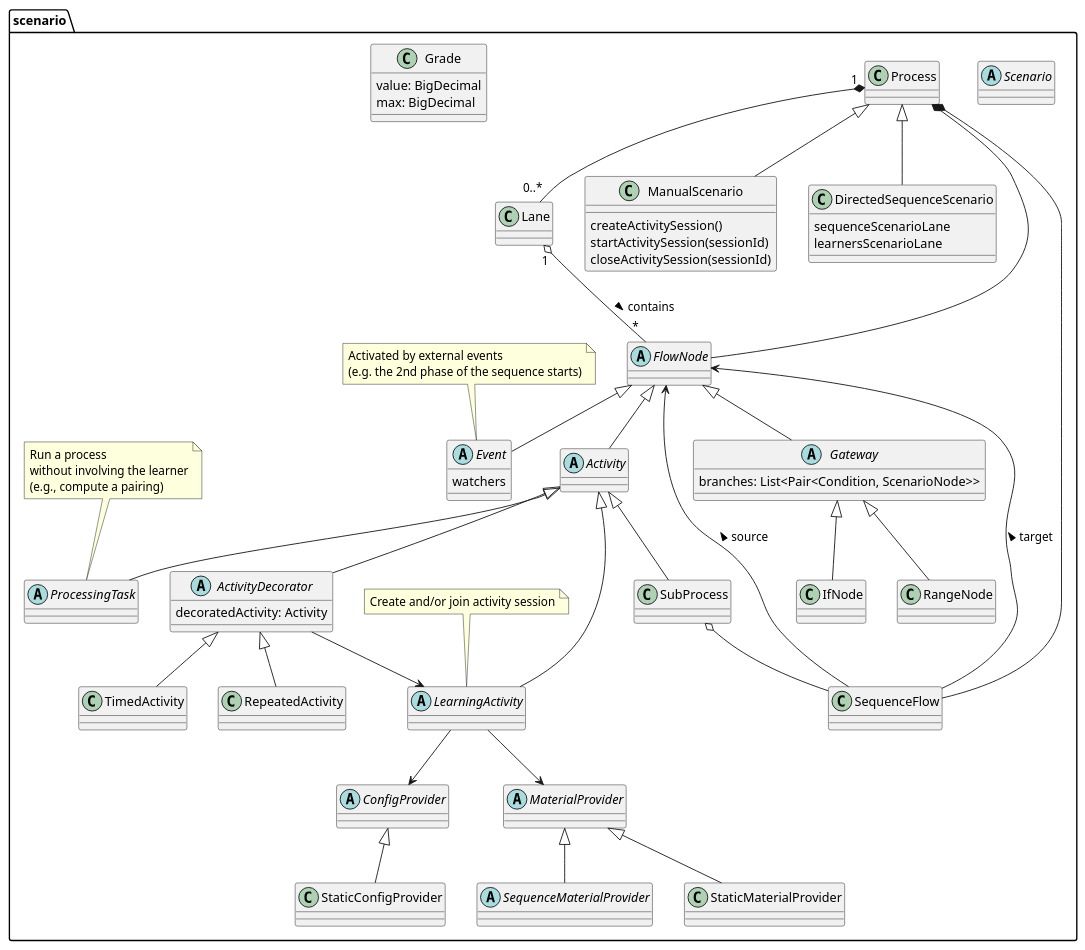
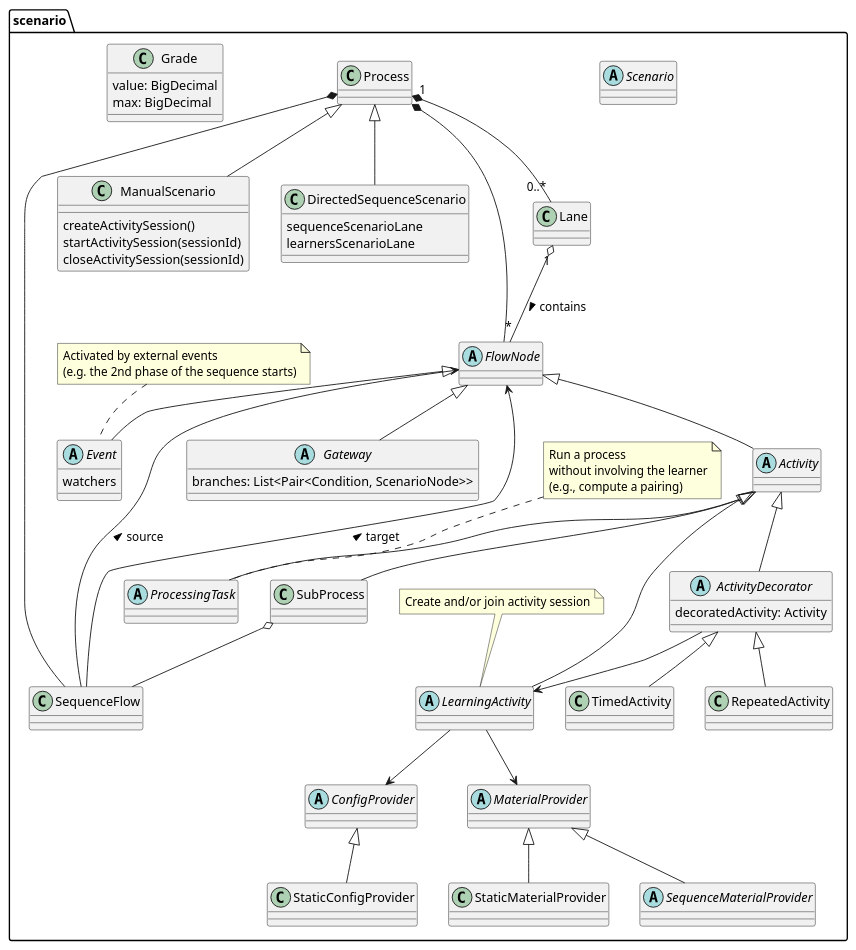
The diagram in docs/technical/uml/scenario.puml (elaastic/ElaastiX), drawn with PlantUML before and after one commit.

Commit message:
doc(model): Remove IfNode and RangeNode

```diff
--- a/docs/technical/uml/scenario.puml
+++ b/docs/technical/uml/scenario.puml
@@ -1,90 +1,87 @@
 @startuml
 'https://plantuml.com/class-diagram
 
 package scenario {
     abstract class Scenario
 
     class Lane
 
     Process "1" *-- "0..*" Lane
 
     class ManualScenario extends Process {
         createActivitySession()
         startActivitySession(sessionId)
         closeActivitySession(sessionId)
     }
 
     class DirectedSequenceScenario extends Process {
         sequenceScenarioLane
         learnersScenarioLane
     }
 
 
     class SequenceFlow
 
     Process *-- SequenceFlow
     Process *-- FlowNode
 
     SequenceFlow --> FlowNode :> source
     SequenceFlow --> FlowNode :> target
 
     abstract class FlowNode
 
     abstract class Activity extends FlowNode
 
     class SubProcess extends Activity
 
     SubProcess o-- SequenceFlow
 
     abstract class ActivityDecorator extends Activity {
         decoratedActivity: Activity
     }
 
     ActivityDecorator --> LearningActivity
 
     class TimedActivity extends ActivityDecorator
     class RepeatedActivity extends ActivityDecorator
 
 
     Lane "1" o-- "*" FlowNode : contains >
 
     abstract class Event extends FlowNode {
         watchers
     }
     note top
         Activated by external events
         (e.g. the 2nd phase of the sequence starts)
     end note
 
     abstract class Gateway extends FlowNode {
         branches: List<Pair<Condition, ScenarioNode>>
     }
 
-    class IfNode extends Gateway
-    class RangeNode extends Gateway
-
     abstract class ProcessingTask extends Activity
     note top
         Run a process
         without involving the learner
         (e.g., compute a pairing)
     end note
 
     abstract class LearningActivity extends Activity
     note top: Create and/or join activity session
 
     abstract class ConfigProvider
     abstract class MaterialProvider
     LearningActivity --> ConfigProvider
     LearningActivity --> MaterialProvider
 
     class StaticConfigProvider extends ConfigProvider
     class StaticMaterialProvider extends MaterialProvider
     abstract class SequenceMaterialProvider extends MaterialProvider
 
     class Grade {
         value: BigDecimal
         max: BigDecimal
     }
 }
 @enduml
```
